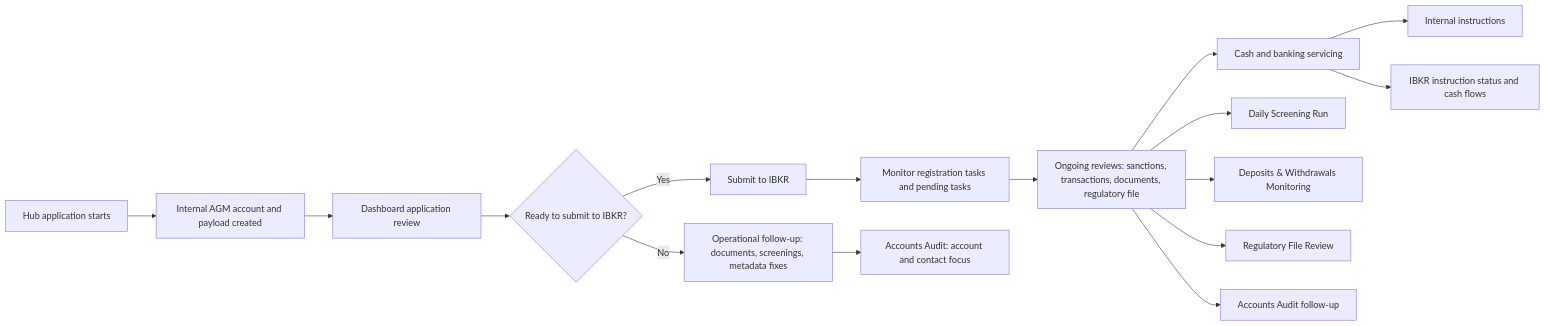
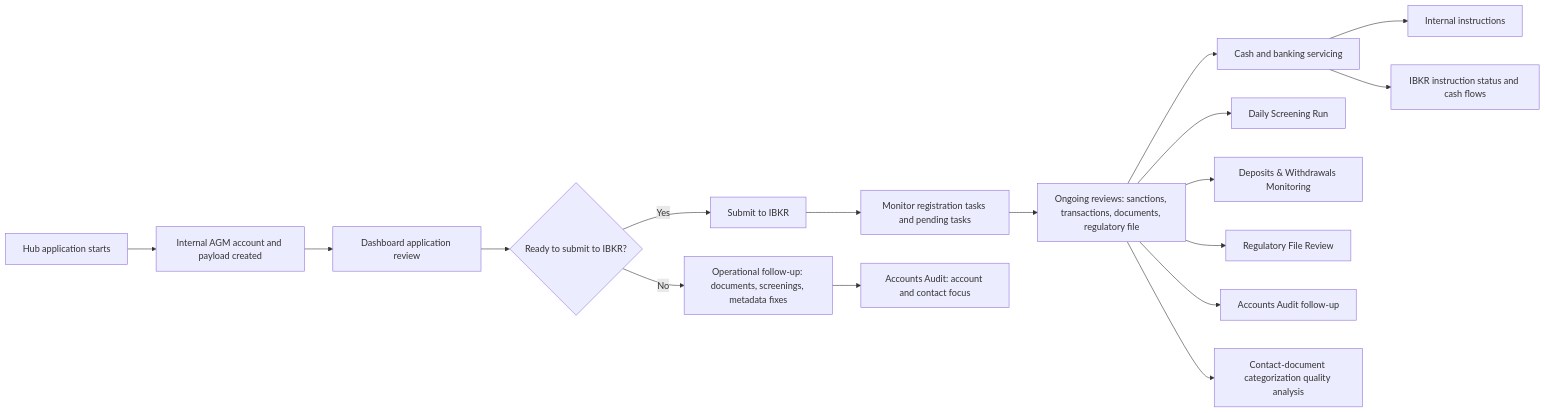
One commit to agmtrader/compliance changed the diagram in processes/README.md. Above: the diagram before and after it, drawn with Mermaid. The commit also changed 5 other files, not shown here.

Commit message:
Enhance Accounts Audit review process with entity-id-based IBKR phone and employment enrichment, update documentation for clarity, and add Contact Document Categorization Quality Analysis process for metadata review.

````diff
--- a/processes/README.md
+++ b/processes/README.md
@@ -21,19 +21,20 @@
 ```mermaid
 flowchart LR
     A["Hub application starts"] --> B["Internal AGM account and payload created"]
     B --> C["Dashboard application review"]
     C --> D{"Ready to submit to IBKR?"}
     D -- "No" --> E["Operational follow-up: documents, screenings, metadata fixes"]
     D -- "Yes" --> F["Submit to IBKR"]
     F --> G["Monitor registration tasks and pending tasks"]
     G --> H["Ongoing reviews: sanctions, transactions, documents, regulatory file"]
     H --> I["Cash and banking servicing"]
 
     E --> E1["Accounts Audit: account and contact focus"]
     H --> H1["Daily Screening Run"]
     H --> H2["Deposits & Withdrawals Monitoring"]
     H --> H3["Regulatory File Review"]
     H --> H4["Accounts Audit follow-up"]
+    H --> H5["Contact-document categorization quality analysis"]
     I --> I1["Internal instructions"]
     I --> I2["IBKR instruction status and cash flows"]
 ```
````
